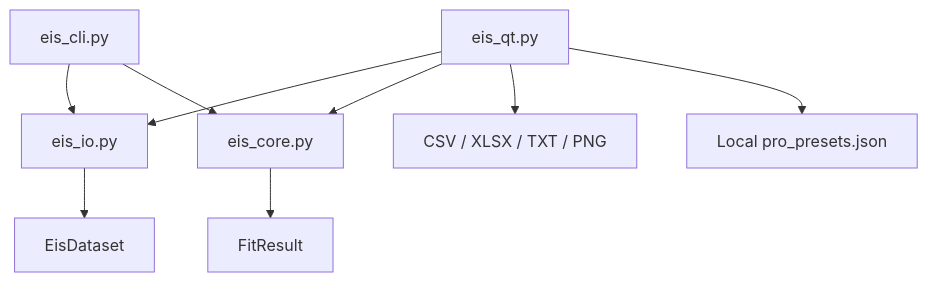
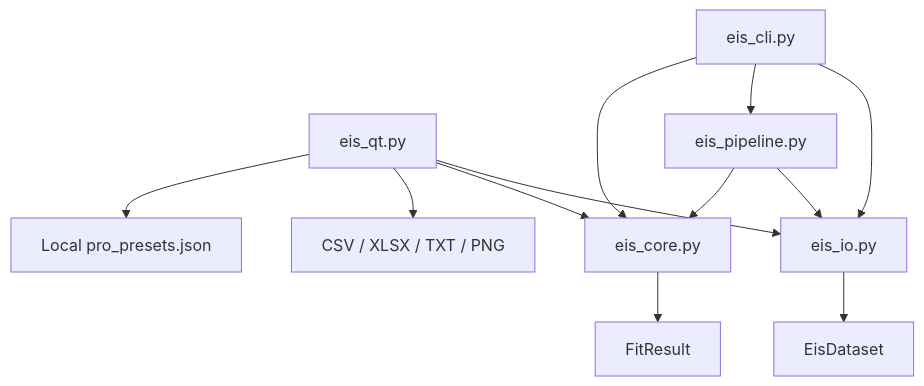
One commit to stpntrsvv/eis changed the first of 3 diagrams in docs/EIS Solver Vault/03 Architecture.md. Above: the diagram before and after it, drawn with Mermaid. The commit also changed other lines of this file and 107 other files, not shown here.

Commit message:
Build calibrated EIS inference and validation pipeline

````diff
--- a/docs/EIS Solver Vault/03 Architecture.md
+++ b/docs/EIS Solver Vault/03 Architecture.md
@@ -7,11 +7,14 @@
 ```mermaid
 flowchart TD
     CLI[eis_cli.py] --> IO[eis_io.py]
     GUI[eis_qt.py] --> IO
+    CLI --> Pipeline[eis_pipeline.py]
+    Pipeline --> IO
+    Pipeline --> Core[eis_core.py]
     GUI --> Core[eis_core.py]
     CLI --> Core
     IO --> Dataset[EisDataset]
     Core --> FitResult[FitResult]
     GUI --> Export[CSV / XLSX / TXT / PNG]
     GUI --> PresetStore[Local pro_presets.json]
 ```
````
